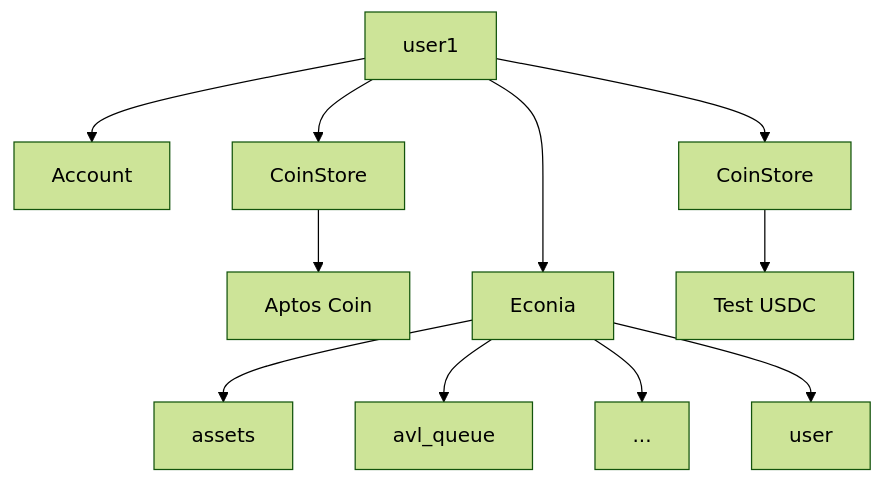
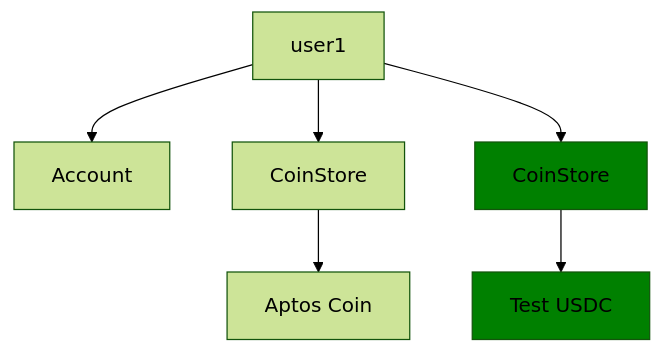
Before and after one commit to econia-labs/amsterdam-2023-demo: the sixth of 8 diagrams in README.md, drawn with Mermaid (forest theme). The commit also changed other lines of this file, not shown here.

Commit message:
Refactor for 4 accounts, colored mermaid diffs

````diff
--- a/README.md
+++ b/README.md
@@ -213,15 +251,12 @@
    ```mermaid
 
    flowchart TD
 
    user1 --> account[Account]
    user1 --> apt_coinstore[CoinStore]
    apt_coinstore --> apt[Aptos Coin]
-   user1 ---> Econia
-   Econia --> assets
-   Econia --> avl_queue
-   Econia --> ...
-   Econia --> user
-   user1 --> usdc_coinstore[CoinStore]
-   usdc_coinstore --> usdc[Test USDC]
+   user1 --> usdc_coinstore[CoinStore]:::new
+   usdc_coinstore --> usdc[Test USDC]:::new
+
+   classDef new fill:green
    ```
````
